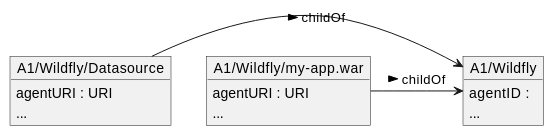
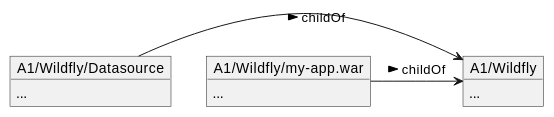
Before and after one commit to metlos/rhq.next-thoughts: the second of 11 diagrams in doc/architecture.adoc, drawn with PlantUML. The commit also changed other lines of this file, not shown here.

Commit message:
Updates to introduction, discovery workflow and wrote agent identity chapter.

```diff
--- a/doc/architecture.adoc
+++ b/doc/architecture.adoc
@@ -176,22 +184,19 @@
 [plantuml, discovery-results-platform-agent1]
 ....
 
 object "A1/Wildfly" as pa1Wfly {
-    agentID : 
     ...
 }
 
 object "A1/Wildfly/Datasource" as pa1DS {
-    agentURI : URI
     ...
 }
 
 object "A1/Wildfly/my-app.war" as pa1War {
-    agentURI : URI
     ...
 }
 
 pa1DS -> pa1Wfly : childOf >
 pa1War -> pa1Wfly  : childOf >
 
 ....
```
